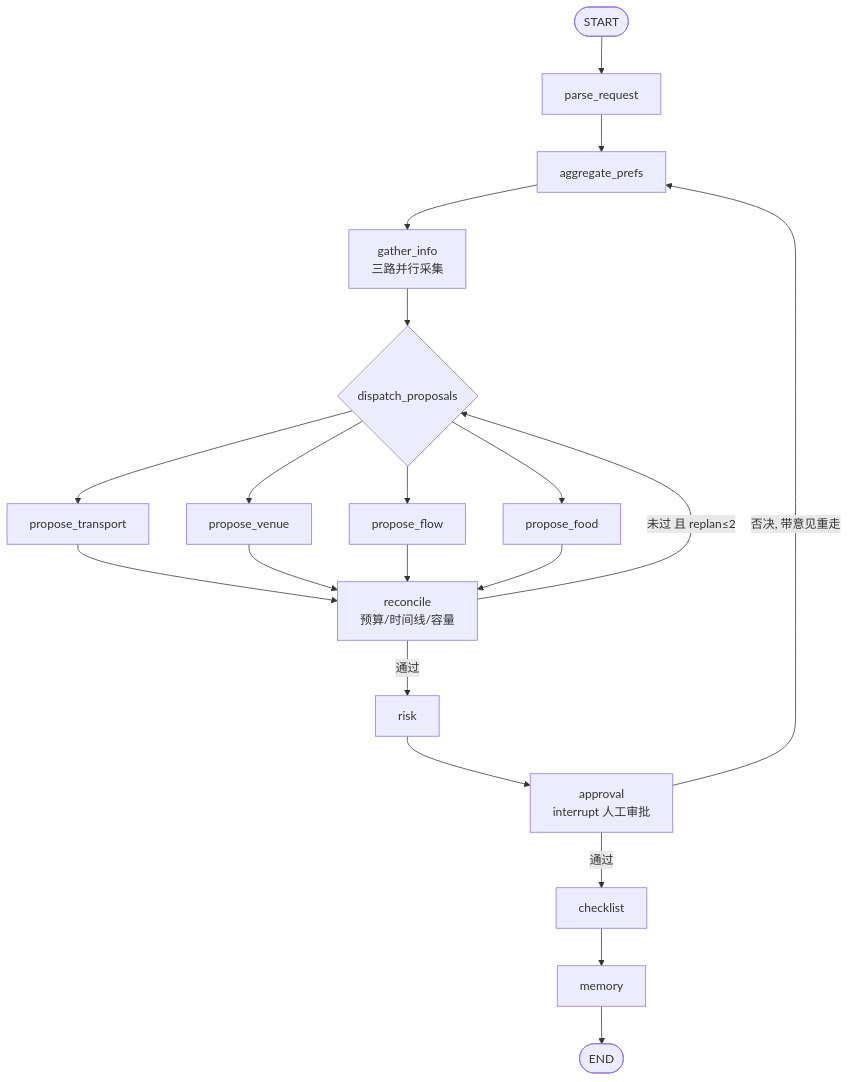
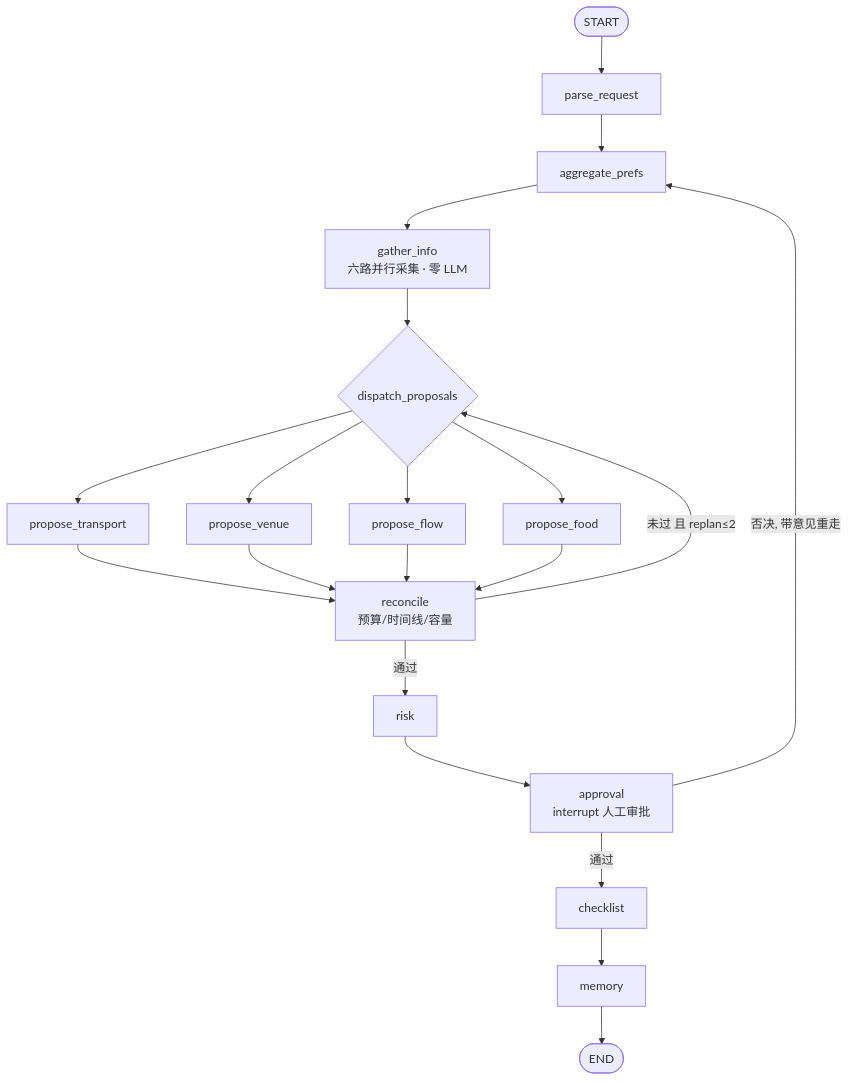
The diagram in README.md (manreya/-Agent), drawn with Mermaid before and after one commit.

Commit message:
三路变六路

````diff
--- a/README.md
+++ b/README.md
@@ -22,22 +22,22 @@
 ```mermaid
 graph TD
     START([START]) --> PARSE[parse_request]
     PARSE --> AGG[aggregate_prefs]
-    AGG --> GATHER[gather_info<br/>三路并行采集]
+    AGG --> GATHER[gather_info<br/>六路并行采集 · 零 LLM]
     GATHER --> DISPATCH{dispatch_proposals}
     DISPATCH --> T[propose_transport]
     DISPATCH --> V[propose_venue]
     DISPATCH --> F[propose_flow]
     DISPATCH --> D[propose_food]
     T --> REC[reconcile<br/>预算/时间线/容量]
     V --> REC
     F --> REC
     D --> REC
     REC -->|未过 且 replan≤2| DISPATCH
     REC -->|通过| RISK[risk]
     RISK --> APPROVAL[approval<br/>interrupt 人工审批]
     APPROVAL -->|否决, 带意见重走| AGG
     APPROVAL -->|通过| CHECK[checklist]
     CHECK --> MEM[memory]
     MEM --> DONE([END])
 ```
````
